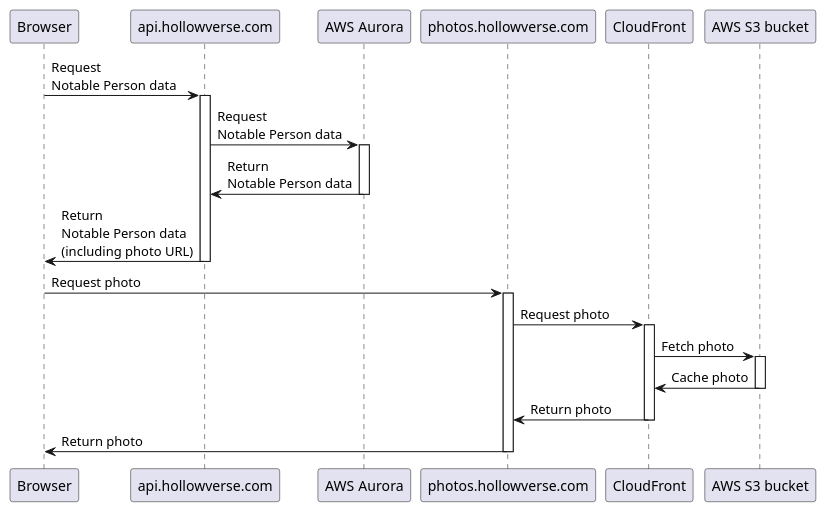
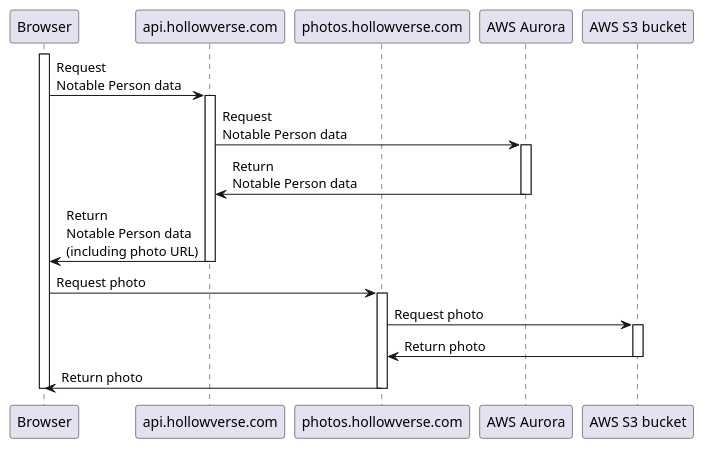
Before and after one commit to hollowverse-archive/architecture: the diagram in architectures/diagrams/afterDownloadingIndexHtmlNotablePersonPage.puml, drawn with PlantUML. The commit also changed 9 other files, not shown here.

```diff
--- a/architectures/diagrams/afterDownloadingIndexHtmlNotablePersonPage.puml
+++ b/architectures/diagrams/afterDownloadingIndexHtmlNotablePersonPage.puml
@@ -1,29 +1,26 @@
 @startuml
 participant Browser as browser
 participant "api.hollowverse.com" as api
+participant "photos.hollowverse.com" as photos
 participant "AWS Aurora" as aurora
-participant "photos.hollowverse.com" as photos
-participant CloudFront as cf
 participant "AWS S3 bucket" as s3
 
+activate browser
 browser -> api: Request\nNotable Person data
 activate api
 api -> aurora: Request\nNotable Person data
 activate aurora
 aurora -> api: Return\nNotable Person data
 deactivate aurora
 api -> browser: Return\nNotable Person data\n(including photo URL)
 deactivate api
 browser -> photos: Request photo
 activate photos
-photos -> cf: Request photo
-activate cf
-cf -> s3: Fetch photo
+photos -> s3: Request photo
 activate s3
-s3 -> cf: Cache photo
+s3 -> photos: Return photo
 deactivate s3
-cf -> photos: Return photo
-deactivate cf
 photos -> browser: Return photo
 deactivate photos
+deactivate browser
 @enduml
```
